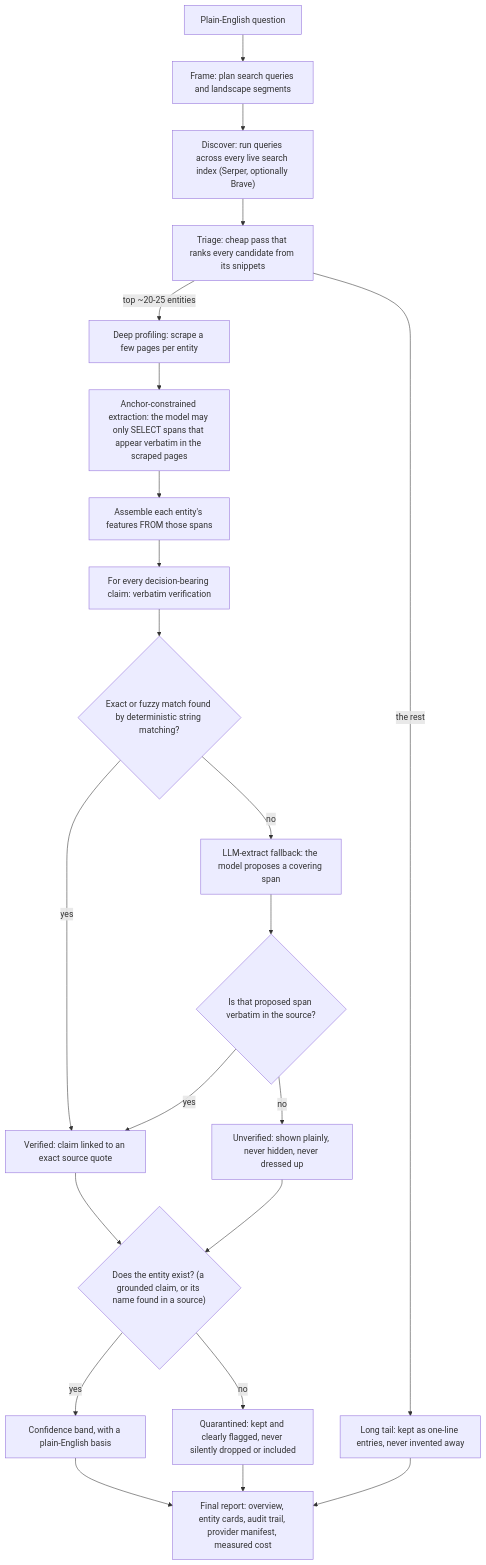
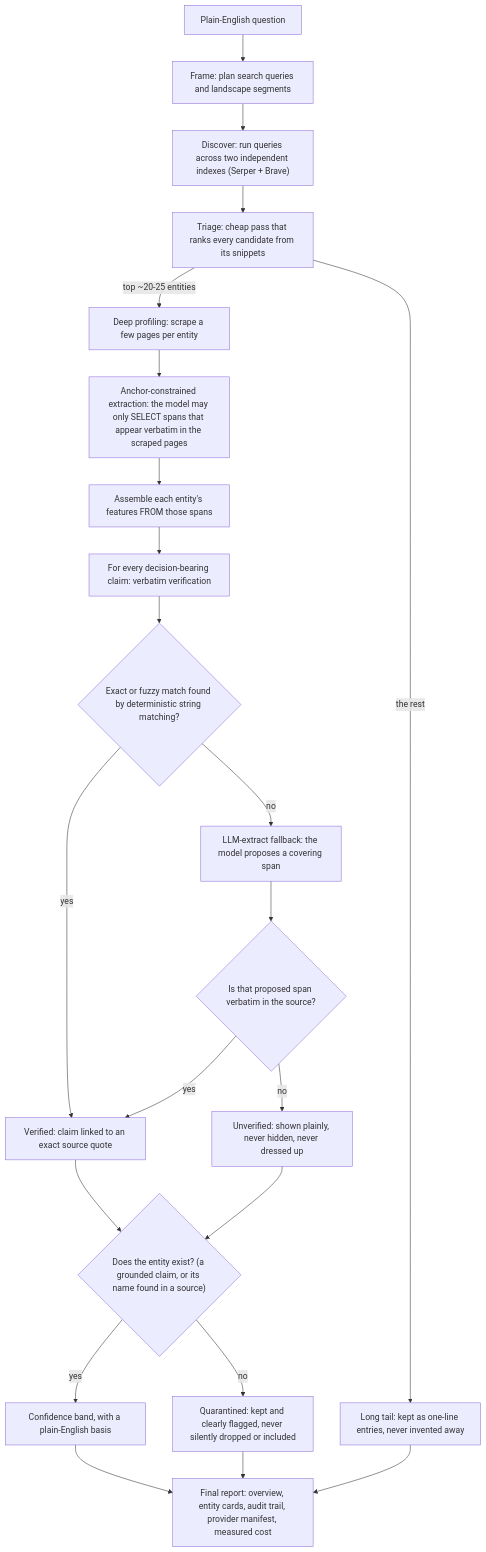
The first of 2 diagrams in docs/how-it-works.md (trgallagher-research/landscape-scanner), drawn with Mermaid before and after one commit. The commit also changed other lines of this file, not shown here.

First line of the commit message:
docs(how-it-works): clarify both search indexes run (Serper + Brave)

````diff
--- a/docs/how-it-works.md
+++ b/docs/how-it-works.md
@@ -9,24 +9,24 @@
 ```mermaid
 flowchart TD
     Q["Plain-English question"] --> F["Frame: plan search queries and landscape segments"]
-    F --> D["Discover: run queries across every live search index (Serper, optionally Brave)"]
+    F --> D["Discover: run queries across two independent indexes (Serper + Brave)"]
     D --> T["Triage: cheap pass that ranks every candidate from its snippets"]
     T -->|"top ~20-25 entities"| P["Deep profiling: scrape a few pages per entity"]
     T -->|"the rest"| LT["Long tail: kept as one-line entries, never invented away"]
     P --> AX["Anchor-constrained extraction: the model may only SELECT spans that appear verbatim in the scraped pages"]
     AX --> POP["Assemble each entity's features FROM those spans"]
     POP --> CLAIM["For every decision-bearing claim: verbatim verification"]
     CLAIM --> M1{"Exact or fuzzy match found by deterministic string matching?"}
     M1 -->|"yes"| VER["Verified: claim linked to an exact source quote"]
     M1 -->|"no"| M2["LLM-extract fallback: the model proposes a covering span"]
     M2 --> M3{"Is that proposed span verbatim in the source?"}
     M3 -->|"yes"| VER
     M3 -->|"no"| UNV["Unverified: shown plainly, never hidden, never dressed up"]
     VER --> EX{"Does the entity exist? (a grounded claim, or its name found in a source)"}
     UNV --> EX
     EX -->|"yes"| CONF["Confidence band, with a plain-English basis"]
     EX -->|"no"| QUAR["Quarantined: kept and clearly flagged, never silently dropped or included"]
     CONF --> REP["Final report: overview, entity cards, audit trail, provider manifest, measured cost"]
     QUAR --> REP
     LT --> REP
 ```
````
